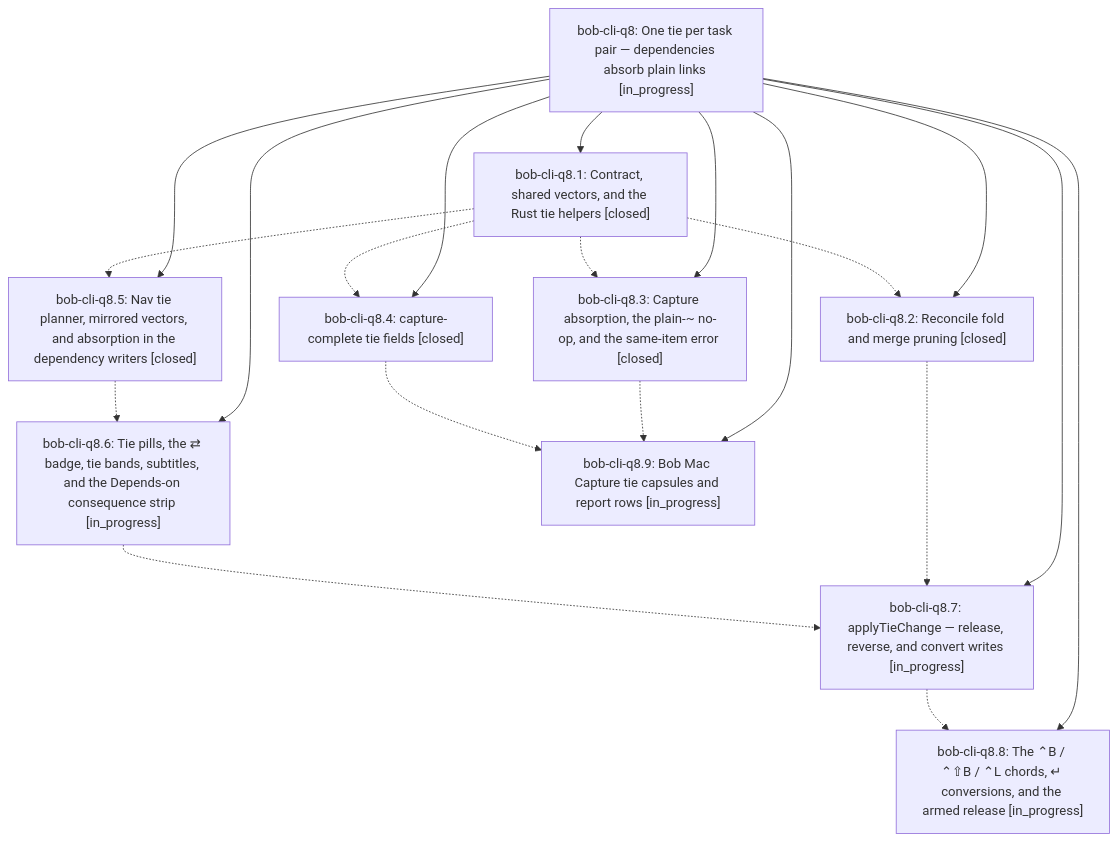
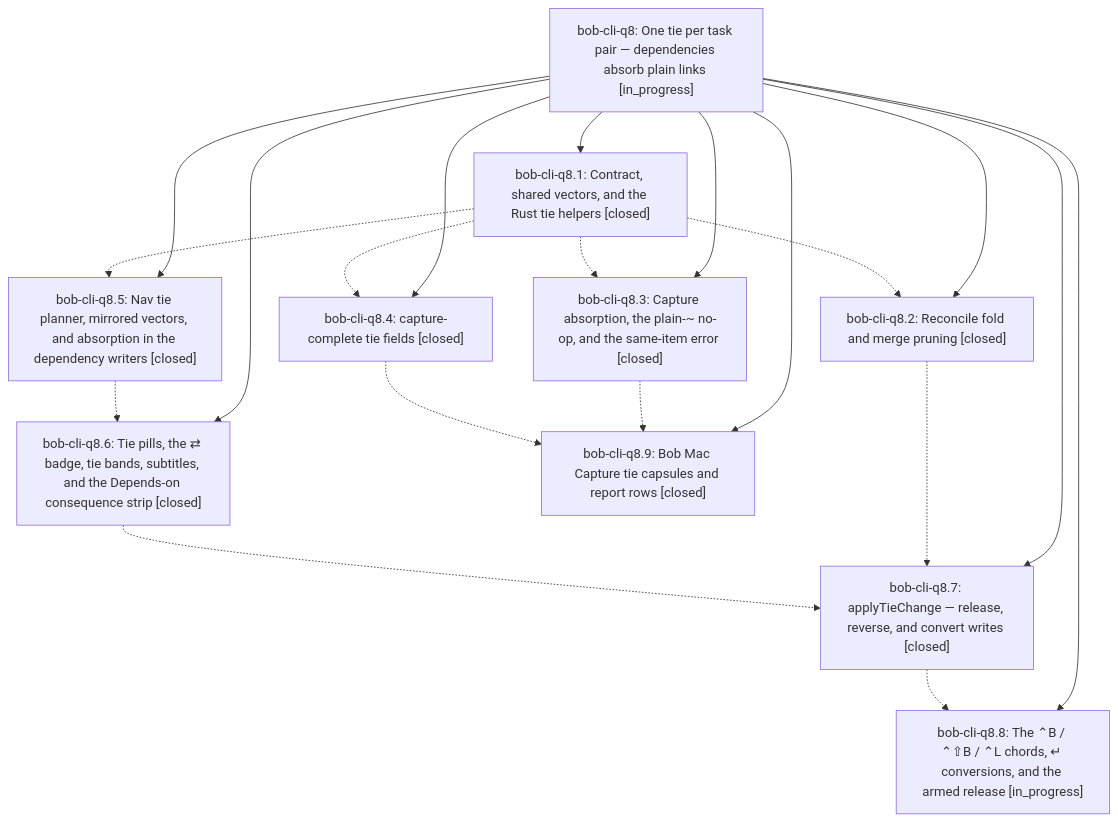
The diagram in pages/bob-cli-q8/README.md (bobs-org/bob-cli--beads), drawn with Mermaid before and after one commit. The commit also changed other lines of this file and 8 other files, not shown here.

First line of the commit message:
chore(beads): sync bead state and pages for bob-cli-q8

````diff
--- a/pages/bob-cli-q8/README.md
+++ b/pages/bob-cli-q8/README.md
@@ -44,32 +44,32 @@
 ```mermaid
 flowchart TD
     n0["bob-cli-q8: One tie per task pair — dependencies absorb plain links [in_progress]"]
     n1["bob-cli-q8.1: Contract, shared vectors, and the Rust tie helpers [closed]"]
     n2["bob-cli-q8.2: Reconcile fold and merge pruning [closed]"]
     n3["bob-cli-q8.3: Capture absorption, the plain-~ no-op, and the same-item error [closed]"]
     n4["bob-cli-q8.4: capture-complete tie fields [closed]"]
     n5["bob-cli-q8.5: Nav tie planner, mirrored vectors, and absorption in the dependency writers [closed]"]
-    n6["bob-cli-q8.6: Tie pills, the ⇄ badge, tie bands, subtitles, and the Depends-on consequence strip [in_progress]"]
-    n7["bob-cli-q8.7: applyTieChange — release, reverse, and convert writes [in_progress]"]
+    n6["bob-cli-q8.6: Tie pills, the ⇄ badge, tie bands, subtitles, and the Depends-on consequence strip [closed]"]
+    n7["bob-cli-q8.7: applyTieChange — release, reverse, and convert writes [closed]"]
     n8["bob-cli-q8.8: The ⌃B / ⌃⇧B / ⌃L chords, ↵ conversions, and the armed release [in_progress]"]
-    n9["bob-cli-q8.9: Bob Mac Capture tie capsules and report rows [in_progress]"]
+    n9["bob-cli-q8.9: Bob Mac Capture tie capsules and report rows [closed]"]
     n0 --> n1
     n0 --> n2
     n0 --> n3
     n0 --> n4
     n0 --> n5
     n0 --> n6
     n0 --> n7
     n0 --> n8
     n0 --> n9
     n1 -.-> n2
     n1 -.-> n3
     n1 -.-> n4
     n1 -.-> n5
     n2 -.-> n7
     n3 -.-> n9
     n4 -.-> n9
     n5 -.-> n6
     n6 -.-> n7
     n7 -.-> n8
 ```
````
